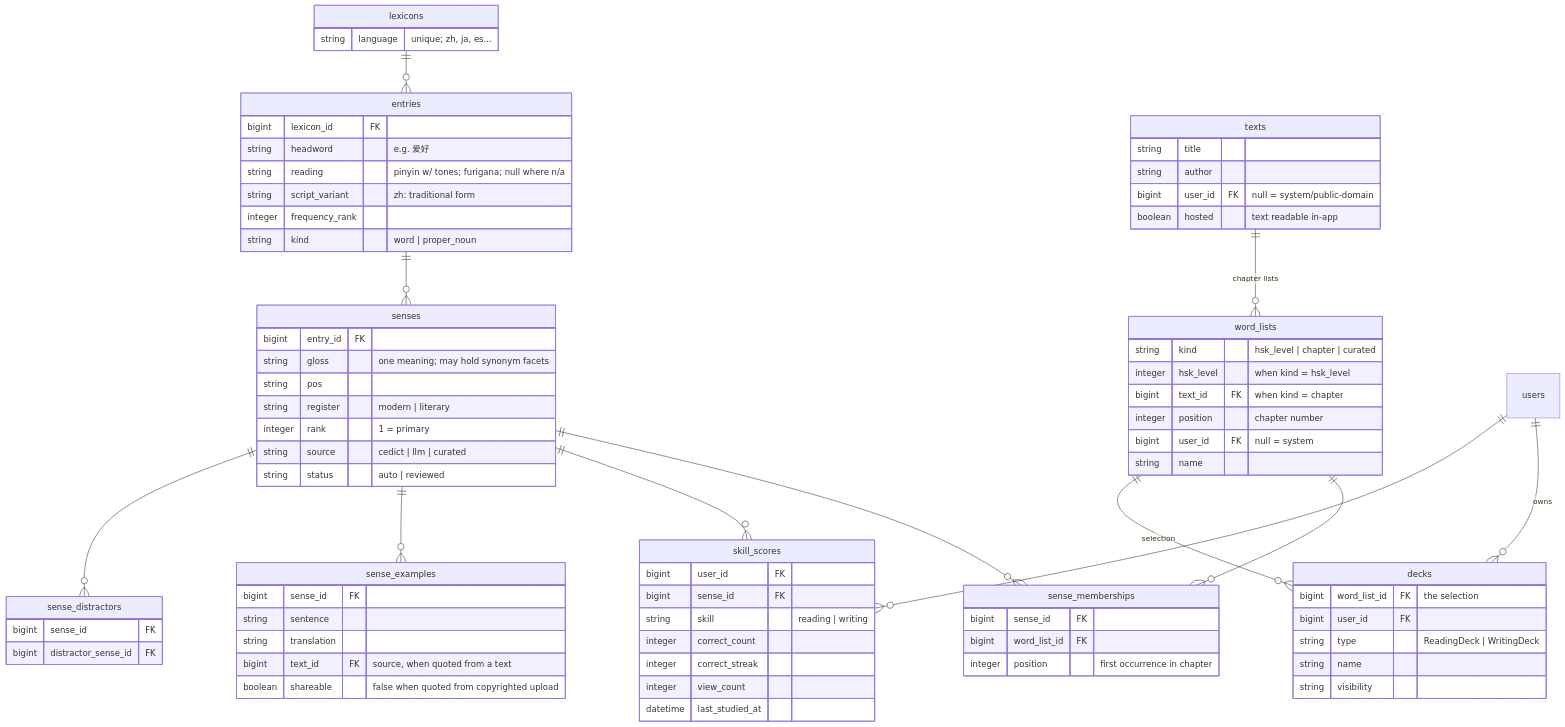
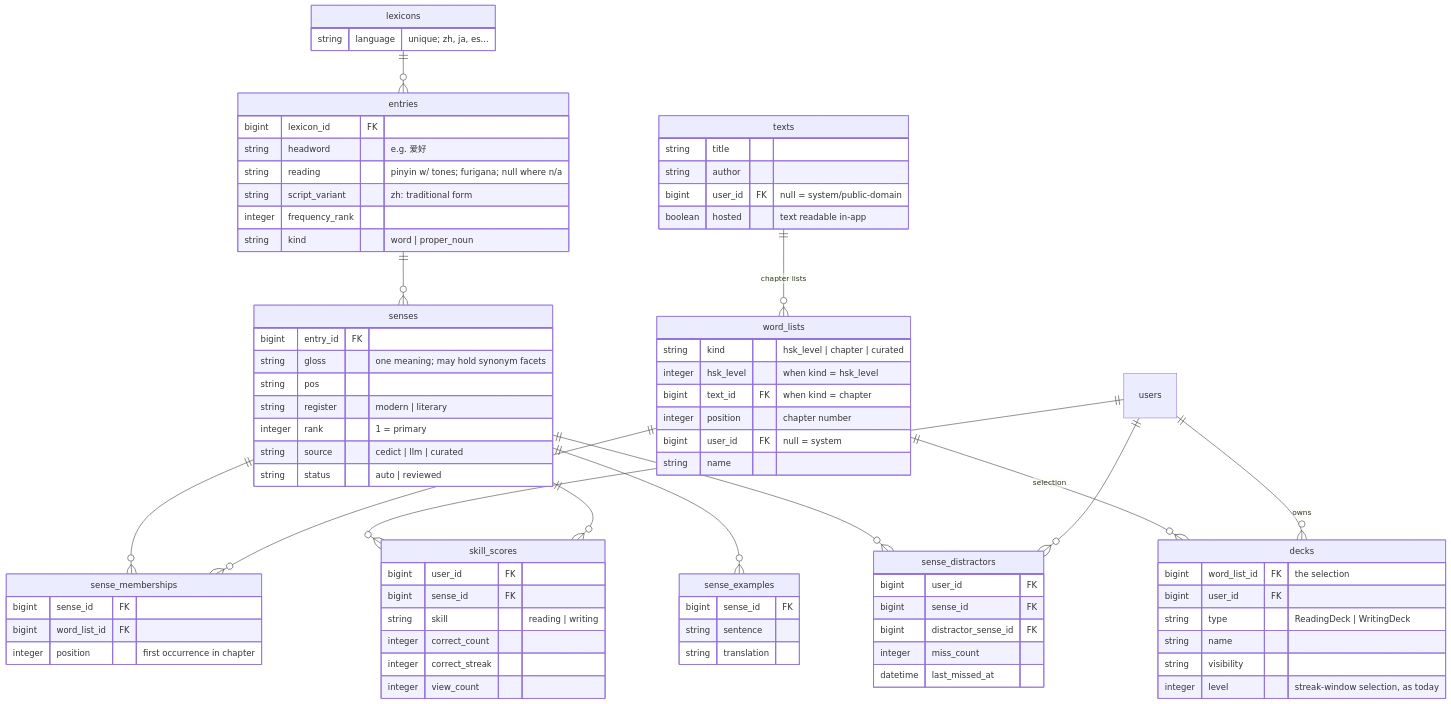
The diagram in docs/compendium.md (mockdeep/Flash), drawn with Mermaid before and after one commit. The commit also changed other lines of this file, not shown here.

````diff
--- a/docs/compendium.md
+++ b/docs/compendium.md
@@ -32,6 +32,7 @@
     senses ||--o{ skill_scores : ""
     senses ||--o{ sense_examples : ""
     senses ||--o{ sense_distractors : ""
+    users ||--o{ sense_distractors : ""
 
     lexicons {
         string language "unique; zh, ja, es..."
@@ -76,12 +77,13 @@
         bigint sense_id FK
         string sentence
         string translation
-        bigint text_id FK "source, when quoted from a text"
-        boolean shareable "false when quoted from copyrighted upload"
     }
     sense_distractors {
+        bigint user_id FK
         bigint sense_id FK
         bigint distractor_sense_id FK
+        integer miss_count
+        datetime last_missed_at
     }
     skill_scores {
         bigint user_id FK
@@ -90,7 +92,6 @@
         integer correct_count
         integer correct_streak
         integer view_count
-        datetime last_studied_at
     }
     decks {
         bigint word_list_id FK "the selection"
@@ -98,5 +99,6 @@
         string type "ReadingDeck | WritingDeck"
         string name
         string visibility
+        integer level "streak-window selection, as today"
     }
 ```
````
